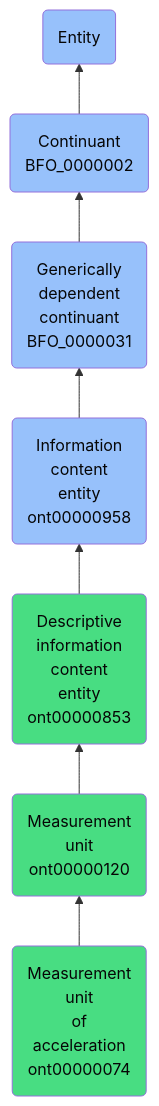
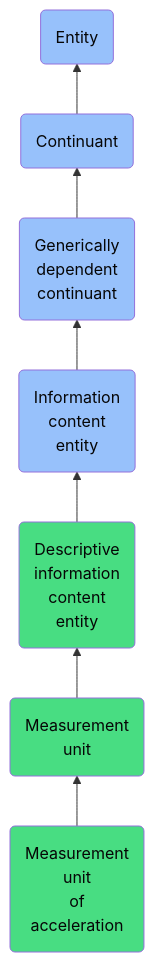
Before and after one commit to jupyter-naas/abi: the diagram in docs/ontology/reference/model/Entity/Continuant/Generically dependent continuant/Information content entity/Descriptive information content entity/Measurement unit/Measurement unit of acceleration/Measurement unit of acceleration.md, drawn with Mermaid. The commit also changed other lines of this file and 1430 other files, not shown here.

````diff
--- a/docs/ontology/reference/model/Entity/Continuant/Generically dependent continuant/Information content entity/Descriptive information content entity/Measurement unit/Measurement unit of acceleration/Measurement unit of acceleration.md
+++ b/docs/ontology/reference/model/Entity/Continuant/Generically dependent continuant/Information content entity/Descriptive information content entity/Measurement unit/Measurement unit of acceleration/Measurement unit of acceleration.md
@@ -24,14 +24,14 @@
 ```mermaid
 graph BT
-    ont00000074(Measurement<br>unit<br>of<br>acceleration<br>ont00000074):::ABI-->ont00000120
-    ont00000120(Measurement<br>unit<br>ont00000120):::ABI-->ont00000853
-    ont00000853(Descriptive<br>information<br>content<br>entity<br>ont00000853):::ABI-->ont00000958
-    ont00000958(Information<br>content<br>entity<br>ont00000958):::BFO-->BFO_0000031
-    BFO_0000031(Generically<br>dependent<br>continuant<br>BFO_0000031):::BFO-->BFO_0000002
-    BFO_0000002(Continuant<br>BFO_0000002):::BFO-->BFO_0000001
+    ont00000074(Measurement<br>unit<br>of<br>acceleration):::ABI-->ont00000120
+    ont00000120(Measurement<br>unit):::ABI-->ont00000853
+    ont00000853(Descriptive<br>information<br>content<br>entity):::ABI-->ont00000958
+    ont00000958(Information<br>content<br>entity):::BFO-->BFO_0000031
+    BFO_0000031(Generically<br>dependent<br>continuant):::BFO-->BFO_0000002
+    BFO_0000002(Continuant):::BFO-->BFO_0000001
     BFO_0000001(Entity):::BFO
     
     classDef BFO fill:#97c1fb,color:#060606
     classDef CCO fill:#e4c51e,color:#060606
     classDef ABI fill:#48DD82,color:#060606
 ```
````
